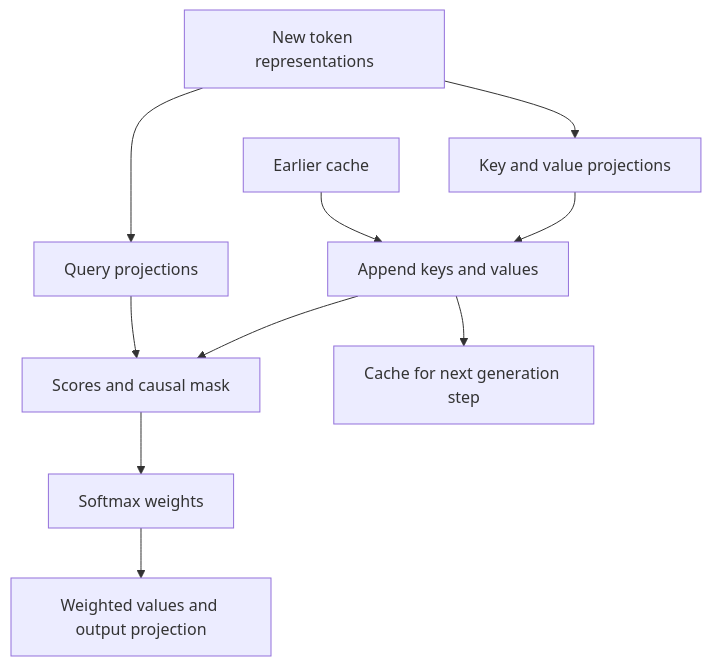
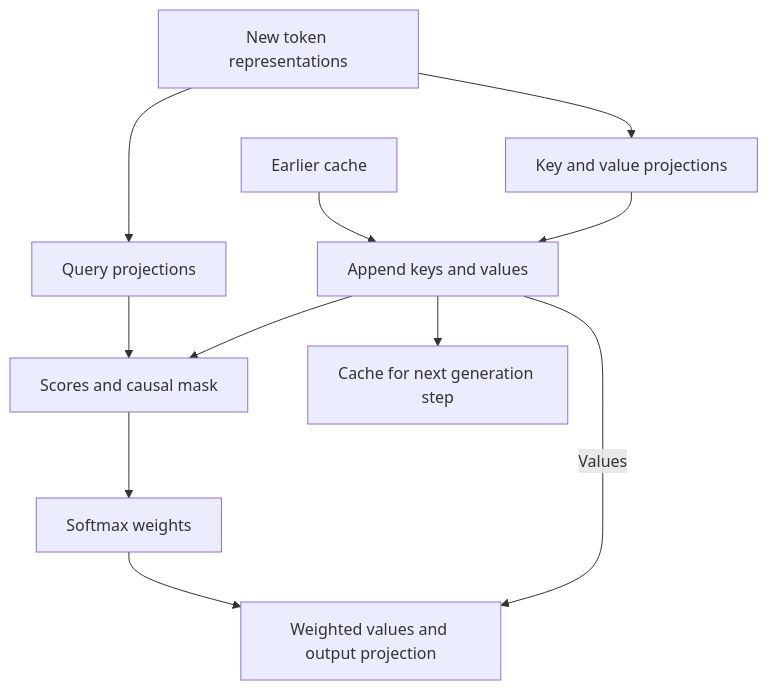
The second of 14 diagrams in course/Modern-Language-Engineering.md (zelicerica/machine-learning-super-lab), drawn with Mermaid before and after one commit. The commit also changed other lines of this file and 124 other files, not shown here.

````diff
--- a/course/Modern-Language-Engineering.md
+++ b/course/Modern-Language-Engineering.md
@@ -73,12 +73,13 @@
 ```mermaid
 flowchart TD
     X["New token representations"] --> Q["Query projections"]
     X --> K["Key and value projections"]
     C["Earlier cache"] --> J["Append keys and values"]
     K --> J
     Q --> S["Scores and causal mask"]
     J --> S
     S --> P["Softmax weights"]
     P --> O["Weighted values and output projection"]
+    J -->|"Values"| O
     J --> N["Cache for next generation step"]
 ```
````
